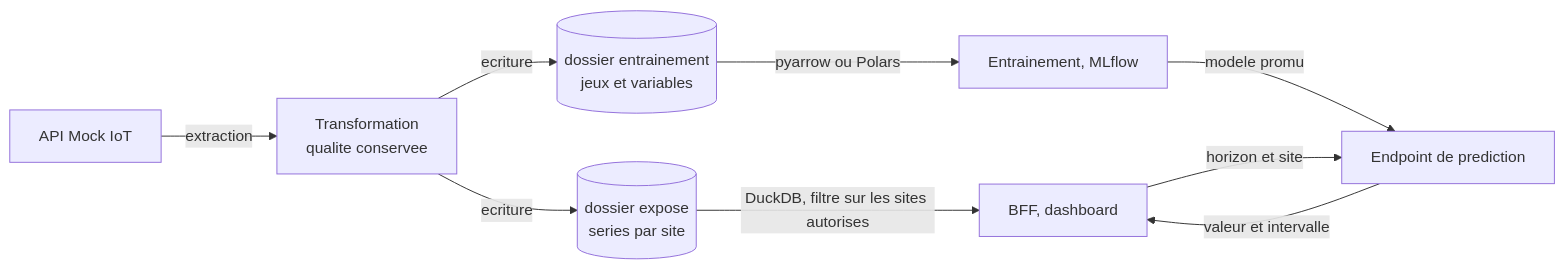
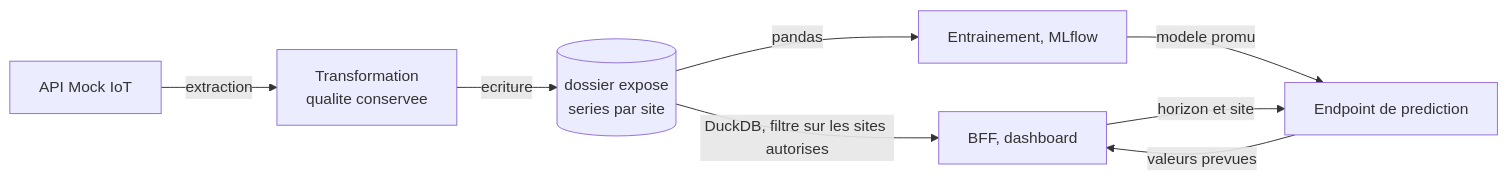
One commit to AlexRovere/smart-energy-optimizer changed the second of 4 diagrams in docs/architecture.md. Above: the diagram before and after it, drawn with Mermaid. The commit also changed other lines of this file and 3 other files, not shown here.

````diff
--- a/docs/architecture.md
+++ b/docs/architecture.md
@@ -71,11 +72,10 @@
 ```mermaid
 flowchart LR
     MOCK["API Mock IoT"] -->|extraction| T["Transformation<br/>qualite conservee"]
     T -->|ecriture| BEX[("dossier expose<br/>series par site")]
-    T -->|ecriture| BML[("dossier entrainement<br/>jeux et variables")]
     BEX -->|DuckDB, filtre sur les sites autorises| APP["BFF, dashboard"]
-    BML -->|pyarrow ou Polars| ML["Entrainement, MLflow"]
+    BEX -->|pandas| ML["Entrainement, MLflow"]
     ML -->|modele promu| PRED["Endpoint de prediction"]
     APP -->|horizon et site| PRED
-    PRED -->|valeur et intervalle| APP
+    PRED -->|valeurs prevues| APP
 ```
````
